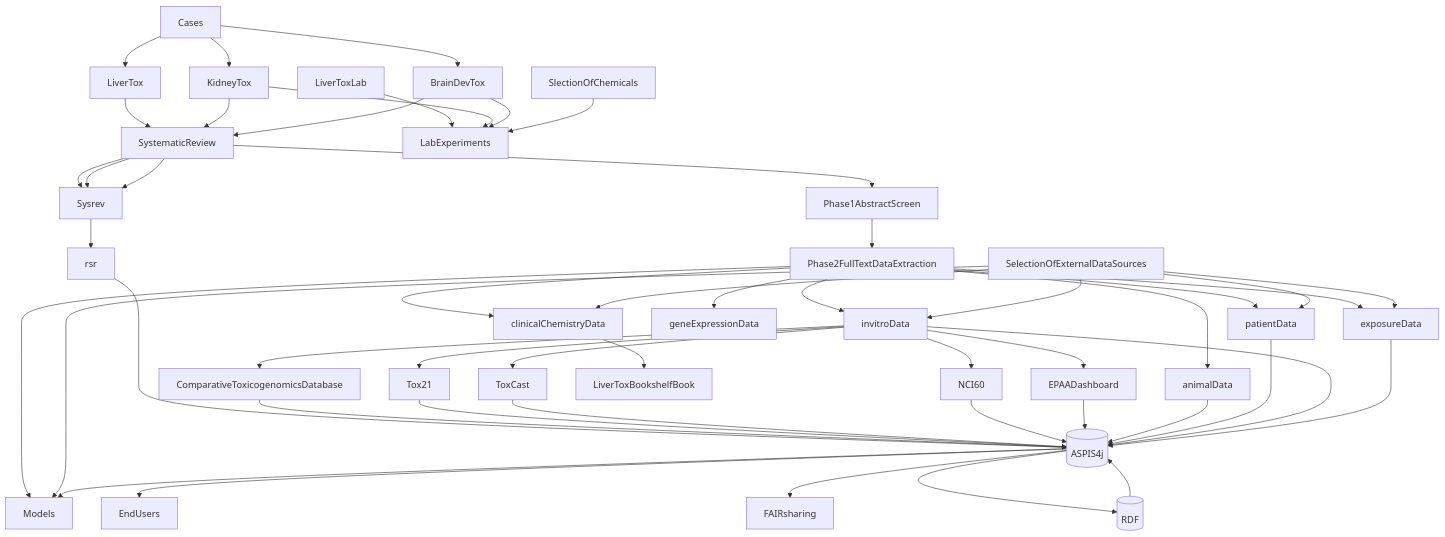
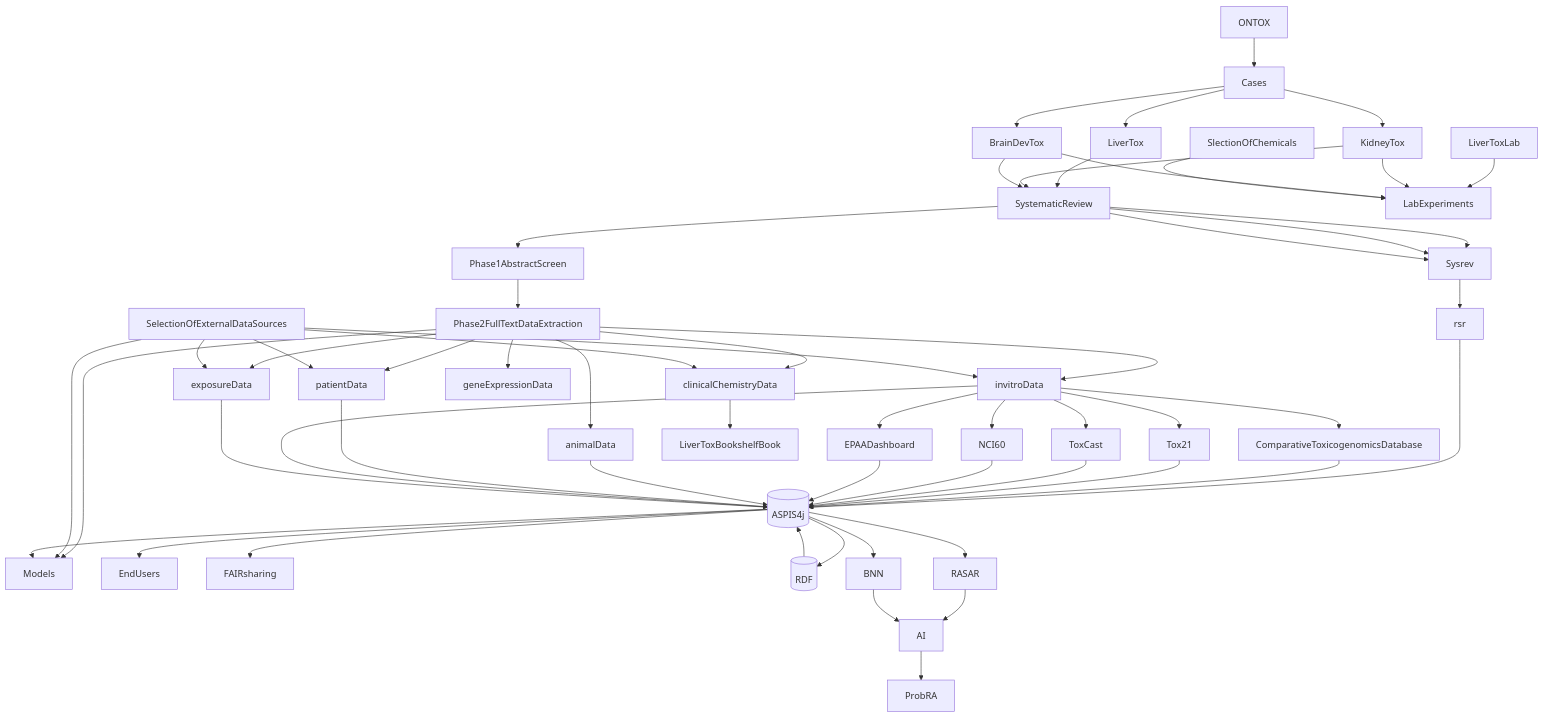
The diagram in WorkflowONTOX.md (ontox-hu/workflows), drawn with Mermaid before and after one commit.

````diff
--- a/WorkflowONTOX.md
+++ b/WorkflowONTOX.md
@@ -1,58 +1,69 @@
 ```mermaid
 graph TD
+  
+  ONTOX-->Cases
+
   Cases-->LiverTox
   Cases-->KidneyTox
   Cases-->BrainDevTox
   
   LiverTox-->SystematicReview-->Sysrev
   KidneyTox-->SystematicReview-->Sysrev
   BrainDevTox-->SystematicReview-->Sysrev
   
   Sysrev-->rsr-->ASPIS4j
   
   SystematicReview-->Phase1AbstractScreen
   Phase1AbstractScreen-->Phase2FullTextDataExtraction
   
   Phase2FullTextDataExtraction-->patientData
   Phase2FullTextDataExtraction-->clinicalChemistryData
   Phase2FullTextDataExtraction-->exposureData
   Phase2FullTextDataExtraction-->invitroData
   Phase2FullTextDataExtraction-->Models
   Phase2FullTextDataExtraction-->geneExpressionData
   Phase2FullTextDataExtraction-->animalData
   
   SelectionOfExternalDataSources-->patientData
   SelectionOfExternalDataSources-->clinicalChemistryData
   SelectionOfExternalDataSources-->exposureData
   SelectionOfExternalDataSources-->invitroData
   SelectionOfExternalDataSources-->Models
   
   LiverToxLab-->LabExperiments
   KidneyTox-->LabExperiments
   BrainDevTox-->LabExperiments
   
   SlectionOfChemicals-->LabExperiments
   
   invitroData-->ComparativeToxicogenomicsDatabase
   ComparativeToxicogenomicsDatabase-->ASPIS4j
   invitroData-->Tox21
   invitroData-->EPAADashboard
   invitroData-->ToxCast
   invitroData-->NCI60
   
   clinicalChemistryData-->LiverToxBookshelfBook
  
   Tox21-->ASPIS4j[(ASPIS4j)]
   ToxCast-->ASPIS4j[(ASPIS4j)]
   NCI60-->ASPIS4j[(ASPIS4j)]
   EPAADashboard-->ASPIS4j[(ASPIS4j)]
   animalData-->ASPIS4j[(ASPIS4j)]
   patientData-->ASPIS4j[(ASPIS4j)]
   invitroData-->ASPIS4j[(ASPIS4j)]
   exposureData-->ASPIS4j[(ASPIS4j)]
   ASPIS4j[(ASPIS4j)]-->Models
   ASPIS4j[(ASPIS4j)]-->EndUsers
   ASPIS4j[(ASPIS4j)]-->FAIRsharing
   ASPIS4j[(ASPIS4j)]-->RDF
   RDF[(RDF)]-->ASPIS4j[(ASPIS4j)]
+  
+  ASPIS4j[(ASPIS4j)]-->RASAR
+  ASPIS4j[(ASPIS4j)]-->BNN
+  RASAR-->AI
+  BNN-->AI
+  AI-->ProbRA
+  
+  
 ```
````
